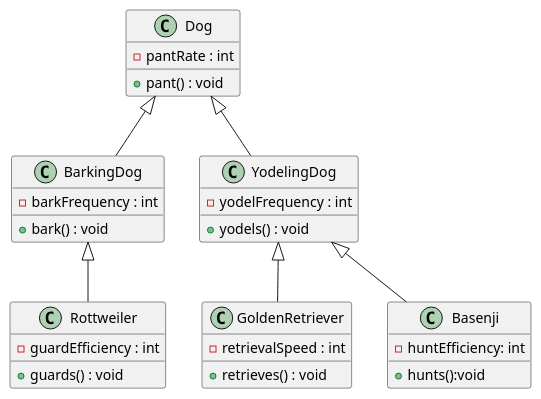
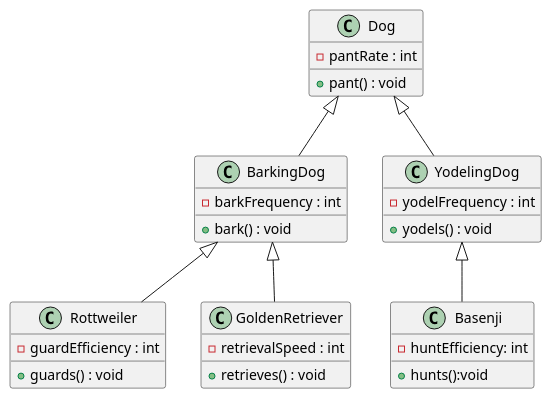
Before and after one commit to Konadu-Akwasi-Akuoko/Object-Oriented-Thought-Process: the diagram in uml/chapter_07/DogHierachy.puml, drawn with PlantUML. The commit also changed 10 other files, not shown here.

```diff
--- a/uml/chapter_07/DogHierachy.puml
+++ b/uml/chapter_07/DogHierachy.puml
@@ -1,31 +1,31 @@
 @startuml Dog
 class Dog {
     -pantRate : int
     +pant() : void
 }
 
 class BarkingDog extends Dog {
     -barkFrequency : int
     +bark() : void
 }
 
 class YodelingDog extends Dog {
     -yodelFrequency : int
     +yodels() : void
 }
 
 class Rottweiler extends BarkingDog {
     -guardEfficiency : int
     +guards() : void
 }
 
-class GoldenRetriever extends YodelingDog {
+class GoldenRetriever extends BarkingDog {
     -retrievalSpeed : int
     +retrieves() : void
 }
 
 class Basenji extends YodelingDog {
     -huntEfficiency: int
     +hunts():void
 }
 @enduml
```
